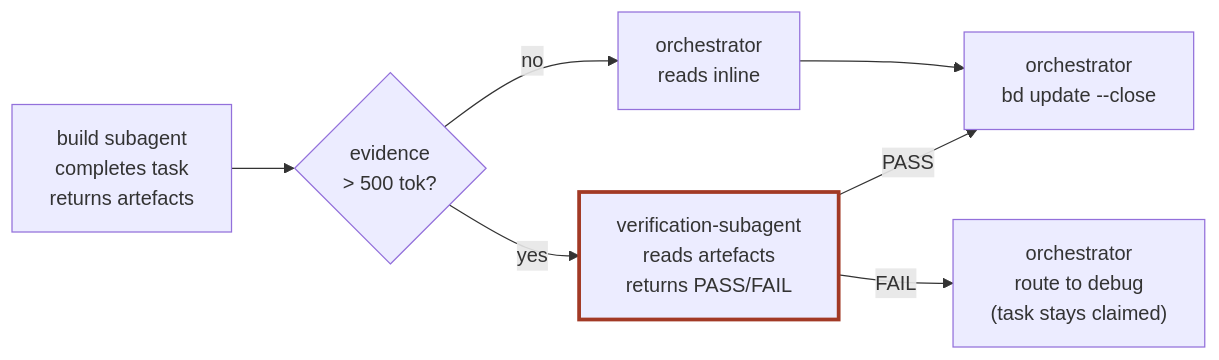
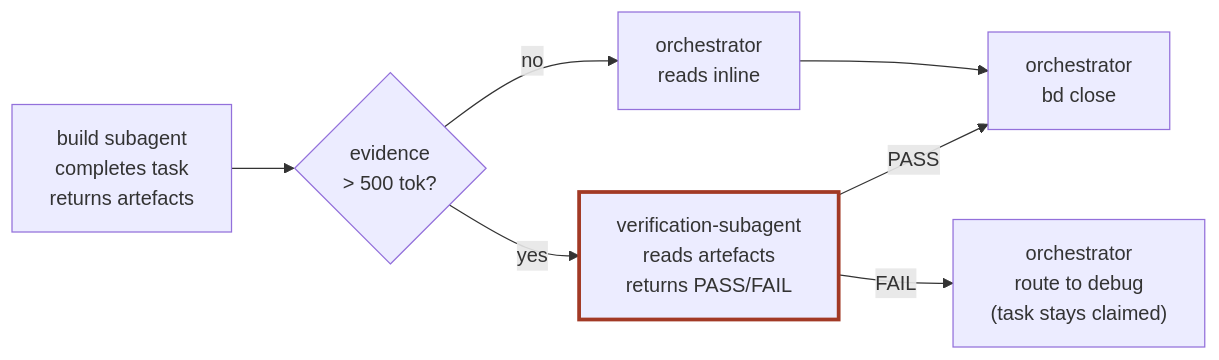
Before and after one commit to FRIKKern/paperflow: the diagram in skills/build/SKILL.md, drawn with Mermaid. The commit also changed other lines of this file and 7 other files, not shown here.

````diff
--- a/skills/build/SKILL.md
+++ b/skills/build/SKILL.md
@@ -182,16 +182,16 @@
 ```mermaid
 flowchart LR
     Sub["build subagent<br/>completes task<br/>returns artefacts"]
     G{"evidence<br/>&gt; 500 tok?"}
     O["orchestrator<br/>reads inline"]
     V["verification-subagent<br/>reads artefacts<br/>returns PASS/FAIL"]
-    Close["orchestrator<br/>bd update --close"]
+    Close["orchestrator<br/>bd close"]
     Reopen["orchestrator<br/>route to debug<br/>(task stays claimed)"]
     Sub --> G
     G -->|no| O
     G -->|yes| V
     O --> Close
     V -->|PASS| Close
     V -->|FAIL| Reopen
     style V stroke:#a23925,stroke-width:3px
 ```
````
